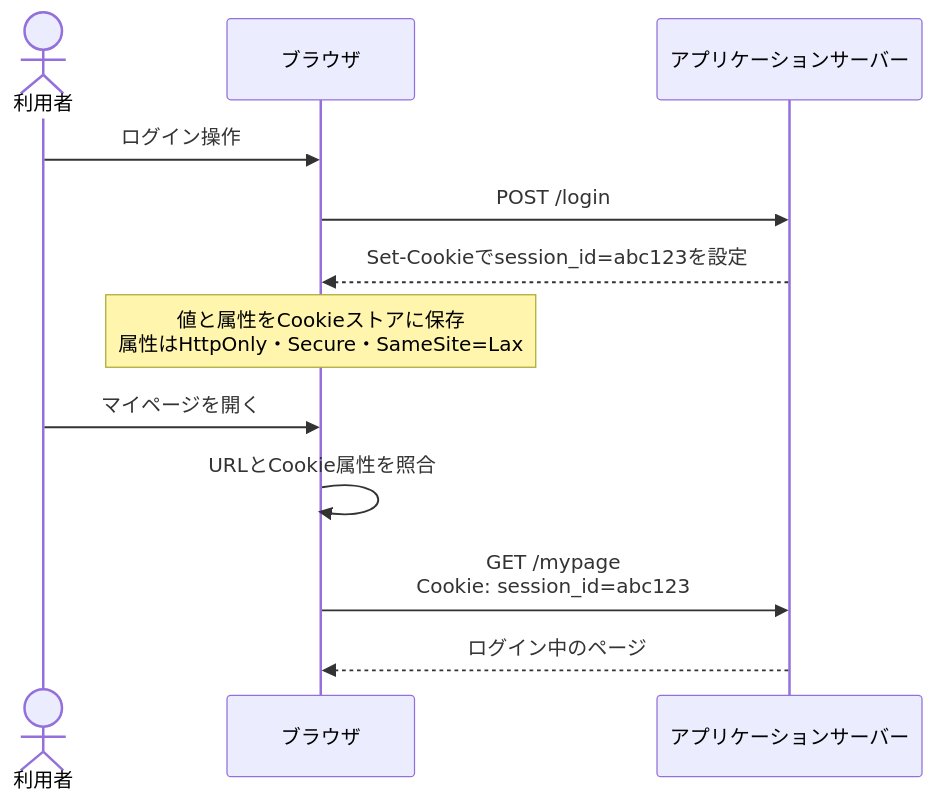
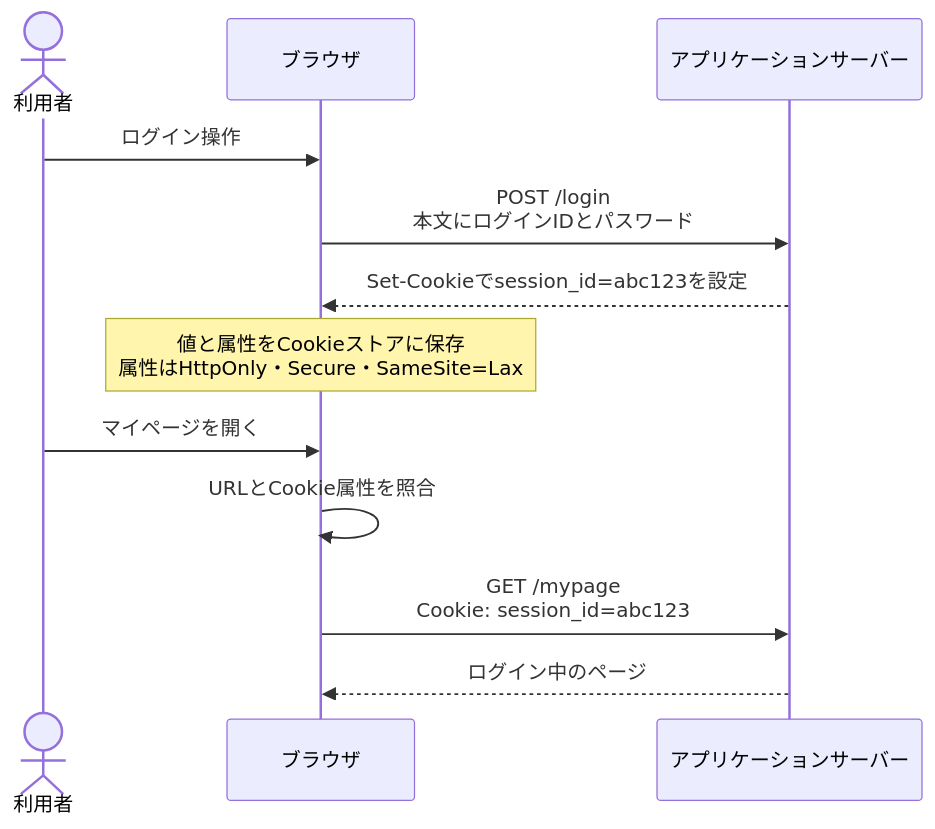
Before and after one commit to mgmaru/go-http-security-lab: the second of 14 diagrams in docs/reference/cookie-session-domain-samesite-and-partitioning.md, drawn with Mermaid. The commit also changed other lines of this file, not shown here.

````diff
--- a/docs/reference/cookie-session-domain-samesite-and-partitioning.md
+++ b/docs/reference/cookie-session-domain-samesite-and-partitioning.md
@@ -60,15 +60,15 @@
 ```mermaid
 sequenceDiagram
     actor U as 利用者
     participant B as ブラウザ
     participant A as アプリケーションサーバー
 
     U->>B: ログイン操作
-    B->>A: POST /login
+    B->>A: POST /login<br/>本文にログインIDとパスワード
     A-->>B: Set-Cookieでsession_id=abc123を設定
     Note over B: 値と属性をCookieストアに保存<br/>属性はHttpOnly・Secure・SameSite=Lax
     U->>B: マイページを開く
     B->>B: URLとCookie属性を照合
     B->>A: GET /mypage<br/>Cookie: session_id=abc123
     A-->>B: ログイン中のページ
 ```
````
